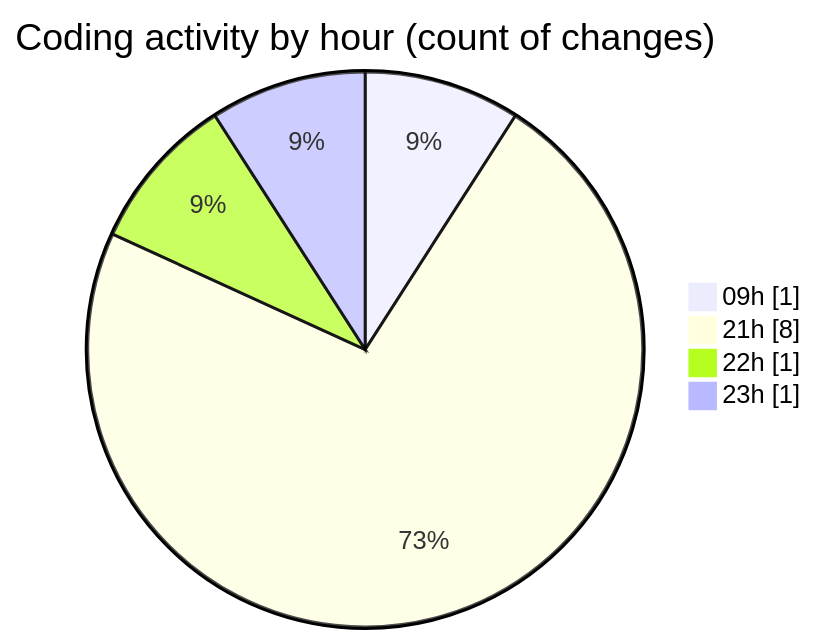
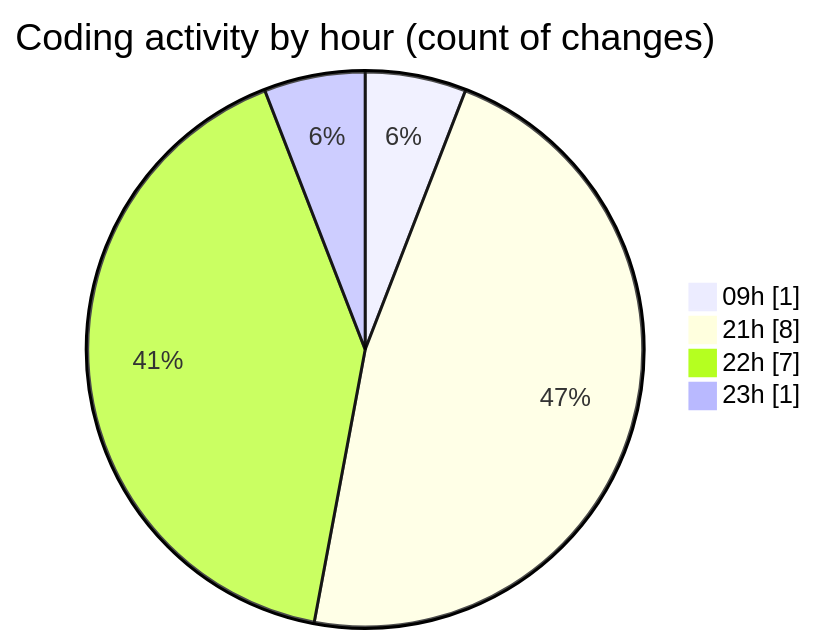
Before and after one commit to MatusMokan/code-tracking: the second of 2 diagrams in 2025-02-19/myws__workspace_/README.md, drawn with Mermaid. The commit also changed other lines of this file and 1 other file, not shown here.

````diff
--- a/2025-02-19/myws__workspace_/README.md
+++ b/2025-02-19/myws__workspace_/README.md
@@ -33,8 +33,8 @@
 ```mermaid
 pie showData
 title Coding activity by hour (count of changes)
 "09h" : 1
 "21h" : 8
-"22h" : 1
+"22h" : 7
 "23h" : 1
 ```
````
